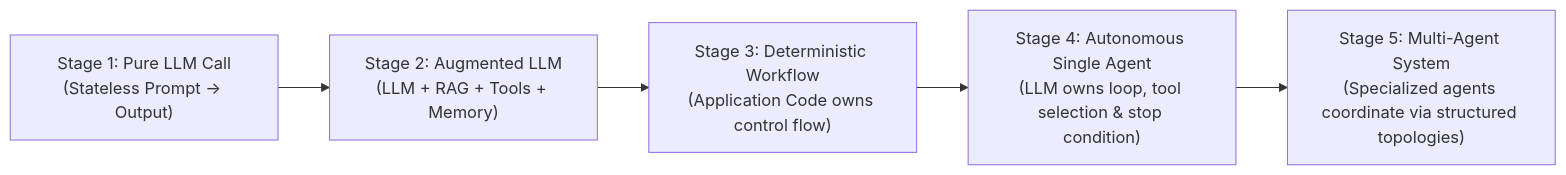
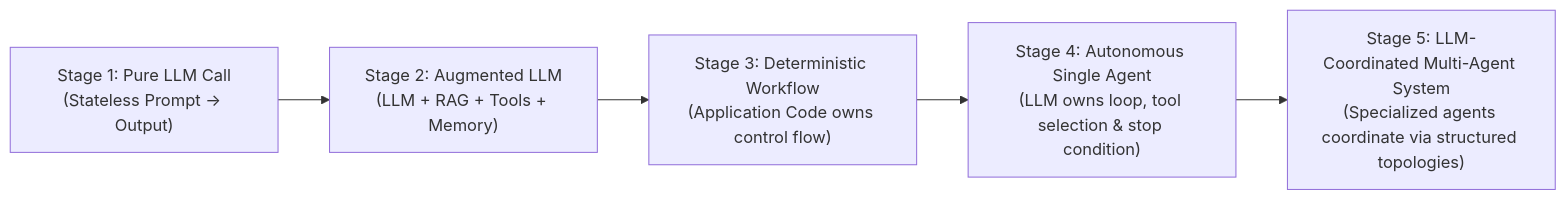
Before and after one commit to Rajdipc/agentic-ai-orchestration-patterns: the first of 2 diagrams in chapter-01-foundations-and-mental-models.md, drawn with Mermaid. The commit also changed other lines of this file and 18 other files, not shown here.

````diff
--- a/chapter-01-foundations-and-mental-models.md
+++ b/chapter-01-foundations-and-mental-models.md
@@ -13,7 +19,7 @@
 ```mermaid
 flowchart LR
-    S1["Stage 1: Pure LLM Call\n(Stateless Prompt -> Output)"] --> S2["Stage 2: Augmented LLM\n(LLM + RAG + Tools + Memory)"]
-    S2 --> S3["Stage 3: Deterministic Workflow\n(Application Code owns control flow)"]
-    S3 --> S4["Stage 4: Autonomous Single Agent\n(LLM owns loop, tool selection & stop condition)"]
-    S4 --> S5["Stage 5: Multi-Agent System\n(Specialized agents coordinate via structured topologies)"]
+    S1["Stage 1: Pure LLM Call<br/>(Stateless Prompt -> Output)"] --> S2["Stage 2: Augmented LLM<br/>(LLM + RAG + Tools + Memory)"]
+    S2 --> S3["Stage 3: Deterministic Workflow<br/>(Application Code owns control flow)"]
+    S3 --> S4["Stage 4: Autonomous Single Agent<br/>(LLM owns loop, tool selection & stop condition)"]
+    S4 --> S5["Stage 5: LLM-Coordinated Multi-Agent System<br/>(Specialized agents coordinate via structured topologies)"]
 ```
````
